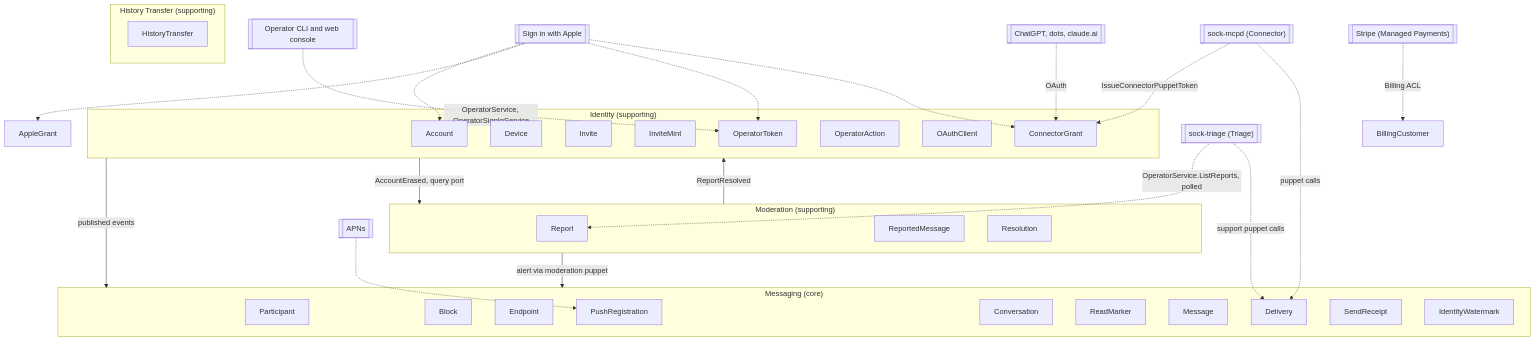
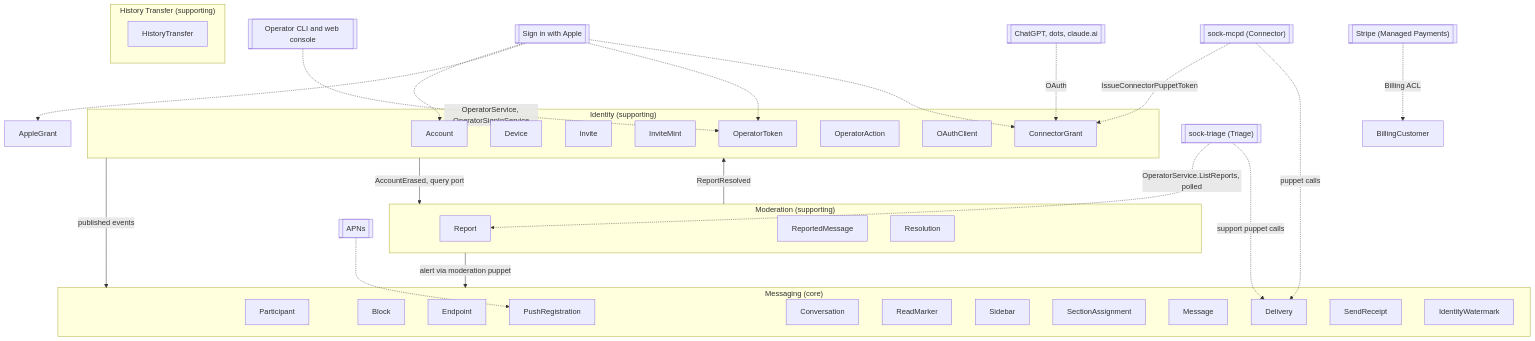
The first of 9 diagrams in docs/specs/domain-model.md (Aeryx-ai/sock-contract), drawn with Mermaid before and after one commit. The commit also changed other lines of this file and 18 other files, not shown here.

````diff
--- a/docs/specs/domain-model.md
+++ b/docs/specs/domain-model.md
@@ -7,31 +7,31 @@
 ```mermaid
 flowchart TB
     subgraph ID["Identity (supporting)"]
         Account; Device; Invite; InviteMint; OperatorToken; OperatorAction; OAuthClient; ConnectorGrant
     end
     subgraph MS["Messaging (core)"]
-        Participant; Block; Endpoint; PushRegistration; Conversation; ReadMarker; Message; Delivery; SendReceipt; IdentityWatermark
+        Participant; Block; Endpoint; PushRegistration; Conversation; ReadMarker; Sidebar; SectionAssignment; Message; Delivery; SendReceipt; IdentityWatermark
     end
     subgraph HT["History Transfer (supporting)"]
         HistoryTransfer
     end
     subgraph MO["Moderation (supporting)"]
         Report; ReportedMessage; Resolution
     end
     SIWA[["Sign in with Apple"]] -.-> Account
     SIWA -.-> AppleGrant
     APNS[["APNs"]] -.-> PushRegistration
     ID -- "published events" --> MS
     ID -- "AccountErased, query port" --> MO
     MO -- "ReportResolved" --> ID
     MO -- "alert via moderation puppet" --> MS
     CONSOLE[["Operator CLI and web console"]] -. "OperatorService, OperatorSignInService" .-> OperatorToken
     SIWA -.-> OperatorToken
     STRIPE[["Stripe (Managed Payments)"]] -. "Billing ACL" .-> BillingCustomer
     PLATFORMS[["ChatGPT, dots, claude.ai"]] -. "OAuth" .-> ConnectorGrant
     SIWA -.-> ConnectorGrant
     MCPD[["sock-mcpd (Connector)"]] -. "IssueConnectorPuppetToken" .-> ConnectorGrant
     MCPD -. "puppet calls" .-> Delivery
     TRIAGE[["sock-triage (Triage)"]] -. "OperatorService.ListReports, polled" .-> Report
     TRIAGE -. "support puppet calls" .-> Delivery
 ```
````
